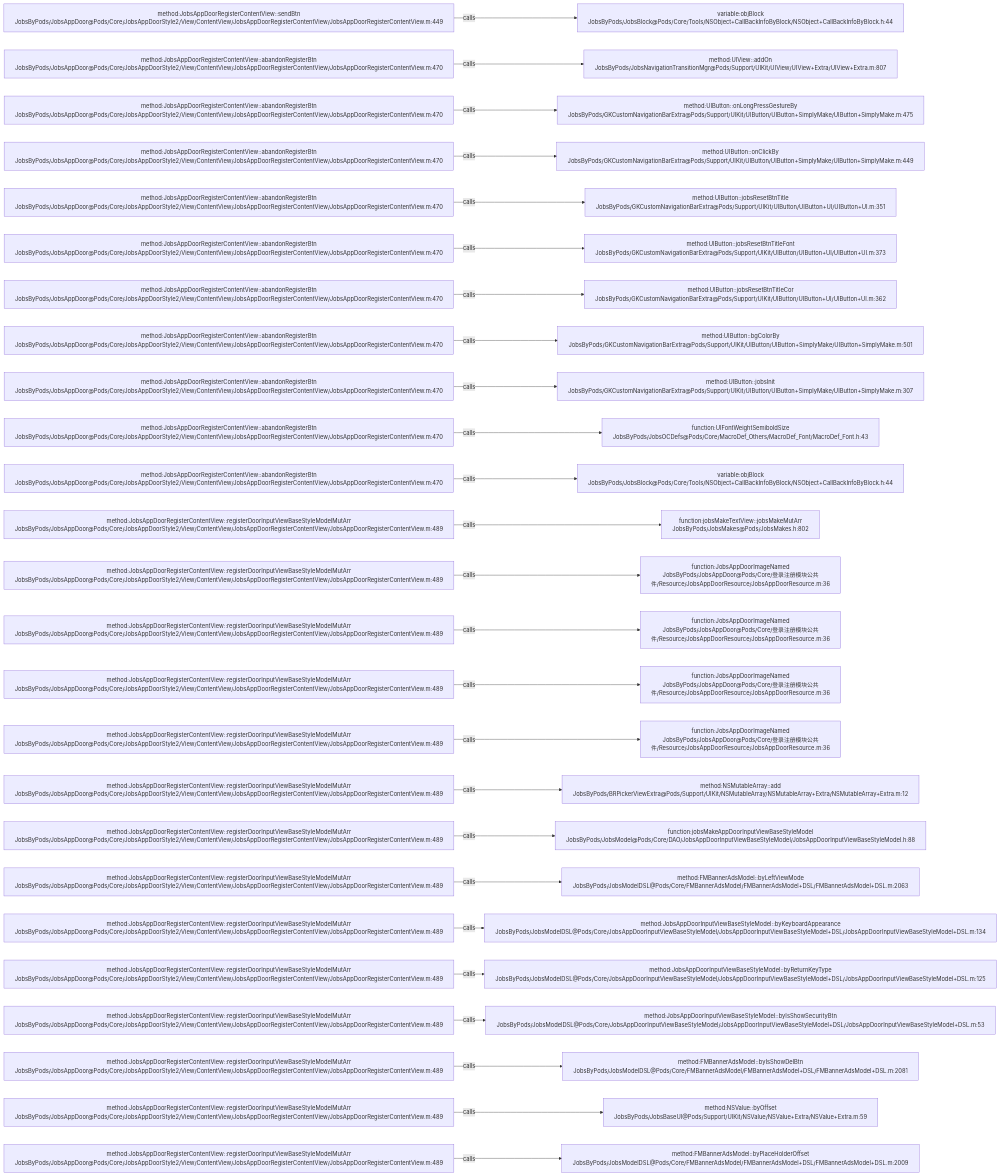
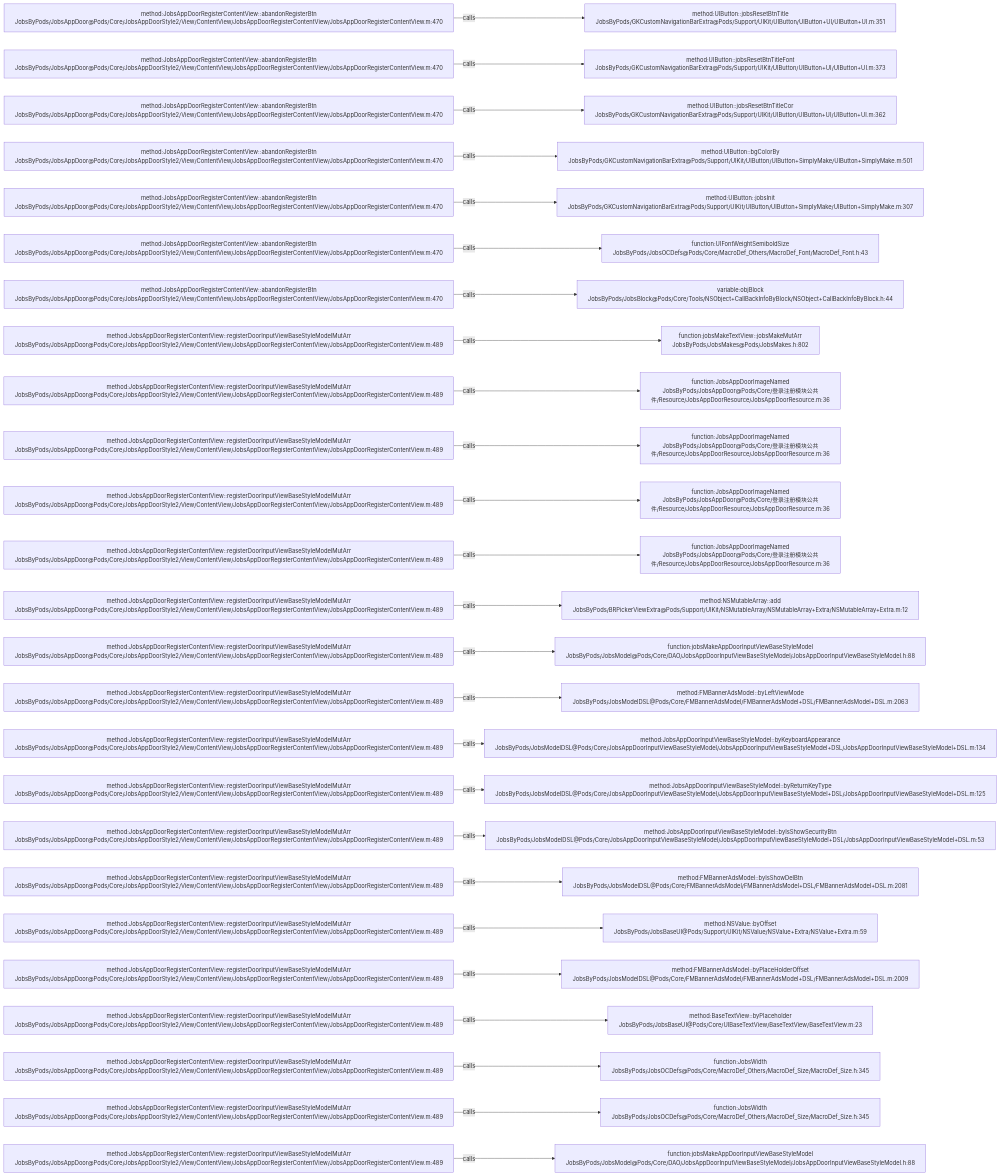
The diagram in .codegraph/codegraph.md/graphs/calls-131.md (JobsKits/JobsOCBaseConfigDemo), drawn with Mermaid before and after one commit. The commit also changed 116 other files, not shown here.

````diff
--- a/.codegraph/codegraph.md/graphs/calls-131.md
+++ b/.codegraph/codegraph.md/graphs/calls-131.md
@@ -13,78 +13,78 @@
 ```mermaid
 flowchart LR
-  S1["method:JobsAppDoorRegisterContentView::sendBtn<br/>JobsByPods/JobsAppDoor@Pods/Core/JobsAppDoorStyle2/View/ContentView/JobsAppDoorRegisterContentView/JobsAppDoorRegisterContentView.m:449"]
-  T1["variable:objBlock<br/>JobsByPods/JobsBlock@Pods/Core/Tools/NSObject+CallBackInfoByBlock/NSObject+CallBackInfoByBlock.h:44"]
+  S1["method:JobsAppDoorRegisterContentView::abandonRegisterBtn<br/>JobsByPods/JobsAppDoor@Pods/Core/JobsAppDoorStyle2/View/ContentView/JobsAppDoorRegisterContentView/JobsAppDoorRegisterContentView.m:470"]
+  T1["method:UIButton::jobsResetBtnTitle<br/>JobsByPods/GKCustomNavigationBarExtra@Pods/Support/UIKit/UIButton/UIButton+UI/UIButton+UI.m:351"]
   S1 -->|calls| T1
   S2["method:JobsAppDoorRegisterContentView::abandonRegisterBtn<br/>JobsByPods/JobsAppDoor@Pods/Core/JobsAppDoorStyle2/View/ContentView/JobsAppDoorRegisterContentView/JobsAppDoorRegisterContentView.m:470"]
-  T2["method:UIView::addOn<br/>JobsByPods/JobsNavigationTransitionMgr@Pods/Support/UIKit/UIView/UIView+Extra/UIView+Extra.m:807"]
+  T2["method:UIButton::jobsResetBtnTitleFont<br/>JobsByPods/GKCustomNavigationBarExtra@Pods/Support/UIKit/UIButton/UIButton+UI/UIButton+UI.m:373"]
   S2 -->|calls| T2
   S3["method:JobsAppDoorRegisterContentView::abandonRegisterBtn<br/>JobsByPods/JobsAppDoor@Pods/Core/JobsAppDoorStyle2/View/ContentView/JobsAppDoorRegisterContentView/JobsAppDoorRegisterContentView.m:470"]
-  T3["method:UIButton::onLongPressGestureBy<br/>JobsByPods/GKCustomNavigationBarExtra@Pods/Support/UIKit/UIButton/UIButton+SimplyMake/UIButton+SimplyMake.m:475"]
+  T3["method:UIButton::jobsResetBtnTitleCor<br/>JobsByPods/GKCustomNavigationBarExtra@Pods/Support/UIKit/UIButton/UIButton+UI/UIButton+UI.m:362"]
   S3 -->|calls| T3
   S4["method:JobsAppDoorRegisterContentView::abandonRegisterBtn<br/>JobsByPods/JobsAppDoor@Pods/Core/JobsAppDoorStyle2/View/ContentView/JobsAppDoorRegisterContentView/JobsAppDoorRegisterContentView.m:470"]
-  T4["method:UIButton::onClickBy<br/>JobsByPods/GKCustomNavigationBarExtra@Pods/Support/UIKit/UIButton/UIButton+SimplyMake/UIButton+SimplyMake.m:449"]
+  T4["method:UIButton::bgColorBy<br/>JobsByPods/GKCustomNavigationBarExtra@Pods/Support/UIKit/UIButton/UIButton+SimplyMake/UIButton+SimplyMake.m:501"]
   S4 -->|calls| T4
   S5["method:JobsAppDoorRegisterContentView::abandonRegisterBtn<br/>JobsByPods/JobsAppDoor@Pods/Core/JobsAppDoorStyle2/View/ContentView/JobsAppDoorRegisterContentView/JobsAppDoorRegisterContentView.m:470"]
-  T5["method:UIButton::jobsResetBtnTitle<br/>JobsByPods/GKCustomNavigationBarExtra@Pods/Support/UIKit/UIButton/UIButton+UI/UIButton+UI.m:351"]
+  T5["method:UIButton::jobsInit<br/>JobsByPods/GKCustomNavigationBarExtra@Pods/Support/UIKit/UIButton/UIButton+SimplyMake/UIButton+SimplyMake.m:307"]
   S5 -->|calls| T5
   S6["method:JobsAppDoorRegisterContentView::abandonRegisterBtn<br/>JobsByPods/JobsAppDoor@Pods/Core/JobsAppDoorStyle2/View/ContentView/JobsAppDoorRegisterContentView/JobsAppDoorRegisterContentView.m:470"]
-  T6["method:UIButton::jobsResetBtnTitleFont<br/>JobsByPods/GKCustomNavigationBarExtra@Pods/Support/UIKit/UIButton/UIButton+UI/UIButton+UI.m:373"]
+  T6["function:UIFontWeightSemiboldSize<br/>JobsByPods/JobsOCDefs@Pods/Core/MacroDef_Others/MacroDef_Font/MacroDef_Font.h:43"]
   S6 -->|calls| T6
   S7["method:JobsAppDoorRegisterContentView::abandonRegisterBtn<br/>JobsByPods/JobsAppDoor@Pods/Core/JobsAppDoorStyle2/View/ContentView/JobsAppDoorRegisterContentView/JobsAppDoorRegisterContentView.m:470"]
-  T7["method:UIButton::jobsResetBtnTitleCor<br/>JobsByPods/GKCustomNavigationBarExtra@Pods/Support/UIKit/UIButton/UIButton+UI/UIButton+UI.m:362"]
+  T7["variable:objBlock<br/>JobsByPods/JobsBlock@Pods/Core/Tools/NSObject+CallBackInfoByBlock/NSObject+CallBackInfoByBlock.h:44"]
   S7 -->|calls| T7
-  S8["method:JobsAppDoorRegisterContentView::abandonRegisterBtn<br/>JobsByPods/JobsAppDoor@Pods/Core/JobsAppDoorStyle2/View/ContentView/JobsAppDoorRegisterContentView/JobsAppDoorRegisterContentView.m:470"]
-  T8["method:UIButton::bgColorBy<br/>JobsByPods/GKCustomNavigationBarExtra@Pods/Support/UIKit/UIButton/UIButton+SimplyMake/UIButton+SimplyMake.m:501"]
+  S8["method:JobsAppDoorRegisterContentView::registerDoorInputViewBaseStyleModelMutArr<br/>JobsByPods/JobsAppDoor@Pods/Core/JobsAppDoorStyle2/View/ContentView/JobsAppDoorRegisterContentView/JobsAppDoorRegisterContentView.m:489"]
+  T8["function:jobsMakeTextView::jobsMakeMutArr<br/>JobsByPods/JobsMakes@Pods/JobsMakes.h:802"]
   S8 -->|calls| T8
-  S9["method:JobsAppDoorRegisterContentView::abandonRegisterBtn<br/>JobsByPods/JobsAppDoor@Pods/Core/JobsAppDoorStyle2/View/ContentView/JobsAppDoorRegisterContentView/JobsAppDoorRegisterContentView.m:470"]
-  T9["method:UIButton::jobsInit<br/>JobsByPods/GKCustomNavigationBarExtra@Pods/Support/UIKit/UIButton/UIButton+SimplyMake/UIButton+SimplyMake.m:307"]
+  S9["method:JobsAppDoorRegisterContentView::registerDoorInputViewBaseStyleModelMutArr<br/>JobsByPods/JobsAppDoor@Pods/Core/JobsAppDoorStyle2/View/ContentView/JobsAppDoorRegisterContentView/JobsAppDoorRegisterContentView.m:489"]
+  T9["function:JobsAppDoorImageNamed<br/>JobsByPods/JobsAppDoor@Pods/Core/登录注册模块公共件/Resource/JobsAppDoorResource/JobsAppDoorResource.m:36"]
   S9 -->|calls| T9
-  S10["method:JobsAppDoorRegisterContentView::abandonRegisterBtn<br/>JobsByPods/JobsAppDoor@Pods/Core/JobsAppDoorStyle2/View/ContentView/JobsAppDoorRegisterContentView/JobsAppDoorRegisterContentView.m:470"]
-  T10["function:UIFontWeightSemiboldSize<br/>JobsByPods/JobsOCDefs@Pods/Core/MacroDef_Others/MacroDef_Font/MacroDef_Font.h:43"]
+  S10["method:JobsAppDoorRegisterContentView::registerDoorInputViewBaseStyleModelMutArr<br/>JobsByPods/JobsAppDoor@Pods/Core/JobsAppDoorStyle2/View/ContentView/JobsAppDoorRegisterContentView/JobsAppDoorRegisterContentView.m:489"]
+  T10["function:JobsAppDoorImageNamed<br/>JobsByPods/JobsAppDoor@Pods/Core/登录注册模块公共件/Resource/JobsAppDoorResource/JobsAppDoorResource.m:36"]
   S10 -->|calls| T10
-  S11["method:JobsAppDoorRegisterContentView::abandonRegisterBtn<br/>JobsByPods/JobsAppDoor@Pods/Core/JobsAppDoorStyle2/View/ContentView/JobsAppDoorRegisterContentView/JobsAppDoorRegisterContentView.m:470"]
-  T11["variable:objBlock<br/>JobsByPods/JobsBlock@Pods/Core/Tools/NSObject+CallBackInfoByBlock/NSObject+CallBackInfoByBlock.h:44"]
+  S11["method:JobsAppDoorRegisterContentView::registerDoorInputViewBaseStyleModelMutArr<br/>JobsByPods/JobsAppDoor@Pods/Core/JobsAppDoorStyle2/View/ContentView/JobsAppDoorRegisterContentView/JobsAppDoorRegisterContentView.m:489"]
+  T11["function:JobsAppDoorImageNamed<br/>JobsByPods/JobsAppDoor@Pods/Core/登录注册模块公共件/Resource/JobsAppDoorResource/JobsAppDoorResource.m:36"]
   S11 -->|calls| T11
   S12["method:JobsAppDoorRegisterContentView::registerDoorInputViewBaseStyleModelMutArr<br/>JobsByPods/JobsAppDoor@Pods/Core/JobsAppDoorStyle2/View/ContentView/JobsAppDoorRegisterContentView/JobsAppDoorRegisterContentView.m:489"]
-  T12["function:jobsMakeTextView::jobsMakeMutArr<br/>JobsByPods/JobsMakes@Pods/JobsMakes.h:802"]
+  T12["function:JobsAppDoorImageNamed<br/>JobsByPods/JobsAppDoor@Pods/Core/登录注册模块公共件/Resource/JobsAppDoorResource/JobsAppDoorResource.m:36"]
   S12 -->|calls| T12
   S13["method:JobsAppDoorRegisterContentView::registerDoorInputViewBaseStyleModelMutArr<br/>JobsByPods/JobsAppDoor@Pods/Core/JobsAppDoorStyle2/View/ContentView/JobsAppDoorRegisterContentView/JobsAppDoorRegisterContentView.m:489"]
-  T13["function:JobsAppDoorImageNamed<br/>JobsByPods/JobsAppDoor@Pods/Core/登录注册模块公共件/Resource/JobsAppDoorResource/JobsAppDoorResource.m:36"]
+  T13["method:NSMutableArray::add<br/>JobsByPods/BRPickerViewExtra@Pods/Support/UIKit/NSMutableArray/NSMutableArray+Extra/NSMutableArray+Extra.m:12"]
   S13 -->|calls| T13
   S14["method:JobsAppDoorRegisterContentView::registerDoorInputViewBaseStyleModelMutArr<br/>JobsByPods/JobsAppDoor@Pods/Core/JobsAppDoorStyle2/View/ContentView/JobsAppDoorRegisterContentView/JobsAppDoorRegisterContentView.m:489"]
-  T14["function:JobsAppDoorImageNamed<br/>JobsByPods/JobsAppDoor@Pods/Core/登录注册模块公共件/Resource/JobsAppDoorResource/JobsAppDoorResource.m:36"]
+  T14["function:jobsMakeAppDoorInputViewBaseStyleModel<br/>JobsByPods/JobsModel@Pods/Core/DAO/JobsAppDoorInputViewBaseStyleModel/JobsAppDoorInputViewBaseStyleModel.h:88"]
   S14 -->|calls| T14
   S15["method:JobsAppDoorRegisterContentView::registerDoorInputViewBaseStyleModelMutArr<br/>JobsByPods/JobsAppDoor@Pods/Core/JobsAppDoorStyle2/View/ContentView/JobsAppDoorRegisterContentView/JobsAppDoorRegisterContentView.m:489"]
-  T15["function:JobsAppDoorImageNamed<br/>JobsByPods/JobsAppDoor@Pods/Core/登录注册模块公共件/Resource/JobsAppDoorResource/JobsAppDoorResource.m:36"]
+  T15["method:FMBannerAdsModel::byLeftViewMode<br/>JobsByPods/JobsModelDSL@Pods/Core/FMBannerAdsModel/FMBannerAdsModel+DSL/FMBannerAdsModel+DSL.m:2063"]
   S15 -->|calls| T15
   S16["method:JobsAppDoorRegisterContentView::registerDoorInputViewBaseStyleModelMutArr<br/>JobsByPods/JobsAppDoor@Pods/Core/JobsAppDoorStyle2/View/ContentView/JobsAppDoorRegisterContentView/JobsAppDoorRegisterContentView.m:489"]
-  T16["function:JobsAppDoorImageNamed<br/>JobsByPods/JobsAppDoor@Pods/Core/登录注册模块公共件/Resource/JobsAppDoorResource/JobsAppDoorResource.m:36"]
+  T16["method:JobsAppDoorInputViewBaseStyleModel::byKeyboardAppearance<br/>JobsByPods/JobsModelDSL@Pods/Core/JobsAppDoorInputViewBaseStyleModel/JobsAppDoorInputViewBaseStyleModel+DSL/JobsAppDoorInputViewBaseStyleModel+DSL.m:134"]
   S16 -->|calls| T16
   S17["method:JobsAppDoorRegisterContentView::registerDoorInputViewBaseStyleModelMutArr<br/>JobsByPods/JobsAppDoor@Pods/Core/JobsAppDoorStyle2/View/ContentView/JobsAppDoorRegisterContentView/JobsAppDoorRegisterContentView.m:489"]
-  T17["method:NSMutableArray::add<br/>JobsByPods/BRPickerViewExtra@Pods/Support/UIKit/NSMutableArray/NSMutableArray+Extra/NSMutableArray+Extra.m:12"]
+  T17["method:JobsAppDoorInputViewBaseStyleModel::byReturnKeyType<br/>JobsByPods/JobsModelDSL@Pods/Core/JobsAppDoorInputViewBaseStyleModel/JobsAppDoorInputViewBaseStyleModel+DSL/JobsAppDoorInputViewBaseStyleModel+DSL.m:125"]
   S17 -->|calls| T17
   S18["method:JobsAppDoorRegisterContentView::registerDoorInputViewBaseStyleModelMutArr<br/>JobsByPods/JobsAppDoor@Pods/Core/JobsAppDoorStyle2/View/ContentView/JobsAppDoorRegisterContentView/JobsAppDoorRegisterContentView.m:489"]
-  T18["function:jobsMakeAppDoorInputViewBaseStyleModel<br/>JobsByPods/JobsModel@Pods/Core/DAO/JobsAppDoorInputViewBaseStyleModel/JobsAppDoorInputViewBaseStyleModel.h:88"]
+  T18["method:JobsAppDoorInputViewBaseStyleModel::byIsShowSecurityBtn<br/>JobsByPods/JobsModelDSL@Pods/Core/JobsAppDoorInputViewBaseStyleModel/JobsAppDoorInputViewBaseStyleModel+DSL/JobsAppDoorInputViewBaseStyleModel+DSL.m:53"]
   S18 -->|calls| T18
   S19["method:JobsAppDoorRegisterContentView::registerDoorInputViewBaseStyleModelMutArr<br/>JobsByPods/JobsAppDoor@Pods/Core/JobsAppDoorStyle2/View/ContentView/JobsAppDoorRegisterContentView/JobsAppDoorRegisterContentView.m:489"]
-  T19["method:FMBannerAdsModel::byLeftViewMode<br/>JobsByPods/JobsModelDSL@Pods/Core/FMBannerAdsModel/FMBannerAdsModel+DSL/FMBannerAdsModel+DSL.m:2063"]
+  T19["method:FMBannerAdsModel::byIsShowDelBtn<br/>JobsByPods/JobsModelDSL@Pods/Core/FMBannerAdsModel/FMBannerAdsModel+DSL/FMBannerAdsModel+DSL.m:2081"]
   S19 -->|calls| T19
   S20["method:JobsAppDoorRegisterContentView::registerDoorInputViewBaseStyleModelMutArr<br/>JobsByPods/JobsAppDoor@Pods/Core/JobsAppDoorStyle2/View/ContentView/JobsAppDoorRegisterContentView/JobsAppDoorRegisterContentView.m:489"]
-  T20["method:JobsAppDoorInputViewBaseStyleModel::byKeyboardAppearance<br/>JobsByPods/JobsModelDSL@Pods/Core/JobsAppDoorInputViewBaseStyleModel/JobsAppDoorInputViewBaseStyleModel+DSL/JobsAppDoorInputViewBaseStyleModel+DSL.m:134"]
+  T20["method:NSValue::byOffset<br/>JobsByPods/JobsBaseUI@Pods/Support/UIKit/NSValue/NSValue+Extra/NSValue+Extra.m:59"]
   S20 -->|calls| T20
   S21["method:JobsAppDoorRegisterContentView::registerDoorInputViewBaseStyleModelMutArr<br/>JobsByPods/JobsAppDoor@Pods/Core/JobsAppDoorStyle2/View/ContentView/JobsAppDoorRegisterContentView/JobsAppDoorRegisterContentView.m:489"]
-  T21["method:JobsAppDoorInputViewBaseStyleModel::byReturnKeyType<br/>JobsByPods/JobsModelDSL@Pods/Core/JobsAppDoorInputViewBaseStyleModel/JobsAppDoorInputViewBaseStyleModel+DSL/JobsAppDoorInputViewBaseStyleModel+DSL.m:125"]
+  T21["method:FMBannerAdsModel::byPlaceHolderOffset<br/>JobsByPods/JobsModelDSL@Pods/Core/FMBannerAdsModel/FMBannerAdsModel+DSL/FMBannerAdsModel+DSL.m:2009"]
   S21 -->|calls| T21
   S22["method:JobsAppDoorRegisterContentView::registerDoorInputViewBaseStyleModelMutArr<br/>JobsByPods/JobsAppDoor@Pods/Core/JobsAppDoorStyle2/View/ContentView/JobsAppDoorRegisterContentView/JobsAppDoorRegisterContentView.m:489"]
-  T22["method:JobsAppDoorInputViewBaseStyleModel::byIsShowSecurityBtn<br/>JobsByPods/JobsModelDSL@Pods/Core/JobsAppDoorInputViewBaseStyleModel/JobsAppDoorInputViewBaseStyleModel+DSL/JobsAppDoorInputViewBaseStyleModel+DSL.m:53"]
+  T22["method:BaseTextView::byPlaceholder<br/>JobsByPods/JobsBaseUI@Pods/Core/UIBaseTextView/BaseTextView/BaseTextView.m:23"]
   S22 -->|calls| T22
   S23["method:JobsAppDoorRegisterContentView::registerDoorInputViewBaseStyleModelMutArr<br/>JobsByPods/JobsAppDoor@Pods/Core/JobsAppDoorStyle2/View/ContentView/JobsAppDoorRegisterContentView/JobsAppDoorRegisterContentView.m:489"]
-  T23["method:FMBannerAdsModel::byIsShowDelBtn<br/>JobsByPods/JobsModelDSL@Pods/Core/FMBannerAdsModel/FMBannerAdsModel+DSL/FMBannerAdsModel+DSL.m:2081"]
+  T23["function:JobsWidth<br/>JobsByPods/JobsOCDefs@Pods/Core/MacroDef_Others/MacroDef_Size/MacroDef_Size.h:345"]
   S23 -->|calls| T23
   S24["method:JobsAppDoorRegisterContentView::registerDoorInputViewBaseStyleModelMutArr<br/>JobsByPods/JobsAppDoor@Pods/Core/JobsAppDoorStyle2/View/ContentView/JobsAppDoorRegisterContentView/JobsAppDoorRegisterContentView.m:489"]
-  T24["method:NSValue::byOffset<br/>JobsByPods/JobsBaseUI@Pods/Support/UIKit/NSValue/NSValue+Extra/NSValue+Extra.m:59"]
+  T24["function:JobsWidth<br/>JobsByPods/JobsOCDefs@Pods/Core/MacroDef_Others/MacroDef_Size/MacroDef_Size.h:345"]
   S24 -->|calls| T24
   S25["method:JobsAppDoorRegisterContentView::registerDoorInputViewBaseStyleModelMutArr<br/>JobsByPods/JobsAppDoor@Pods/Core/JobsAppDoorStyle2/View/ContentView/JobsAppDoorRegisterContentView/JobsAppDoorRegisterContentView.m:489"]
-  T25["method:FMBannerAdsModel::byPlaceHolderOffset<br/>JobsByPods/JobsModelDSL@Pods/Core/FMBannerAdsModel/FMBannerAdsModel+DSL/FMBannerAdsModel+DSL.m:2009"]
+  T25["function:jobsMakeAppDoorInputViewBaseStyleModel<br/>JobsByPods/JobsModel@Pods/Core/DAO/JobsAppDoorInputViewBaseStyleModel/JobsAppDoorInputViewBaseStyleModel.h:88"]
   S25 -->|calls| T25
 ```
````
